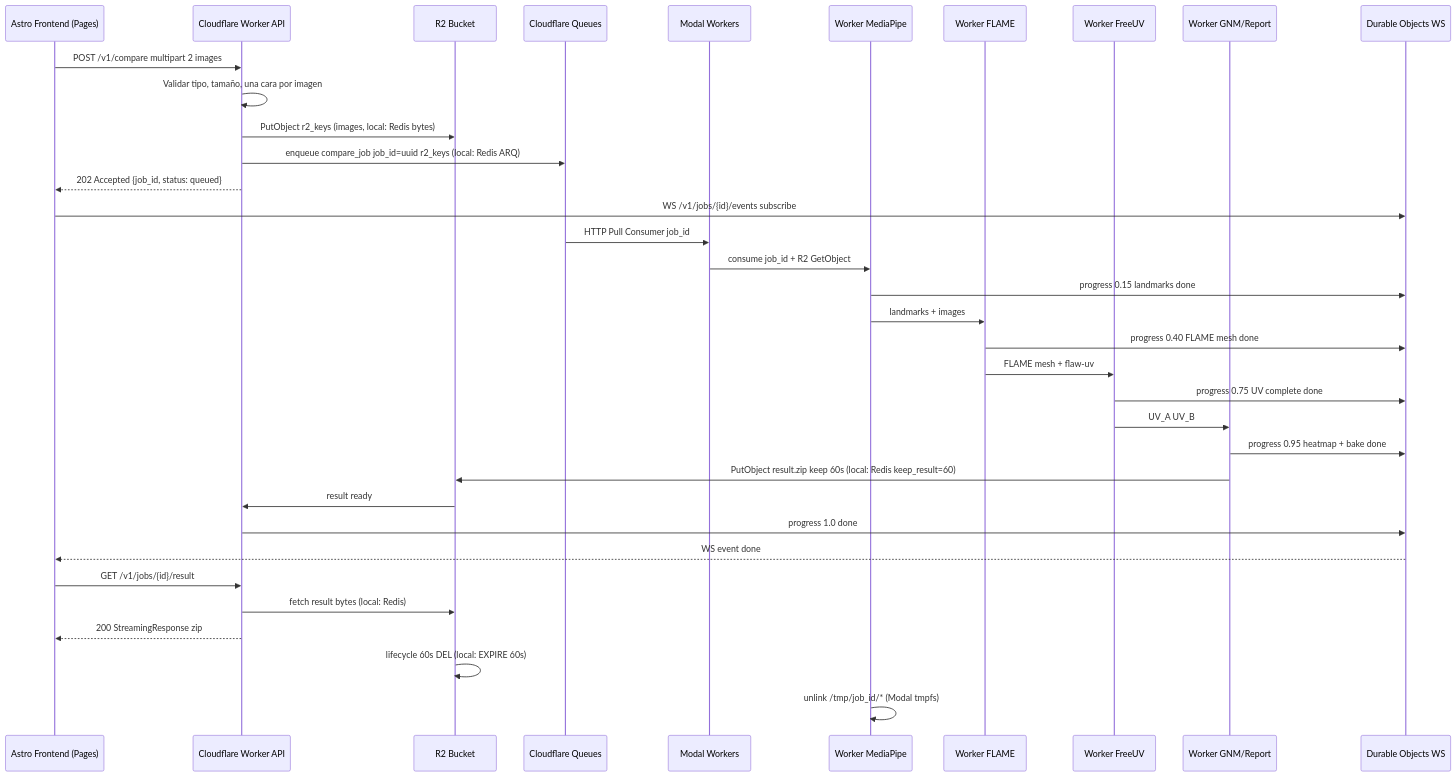
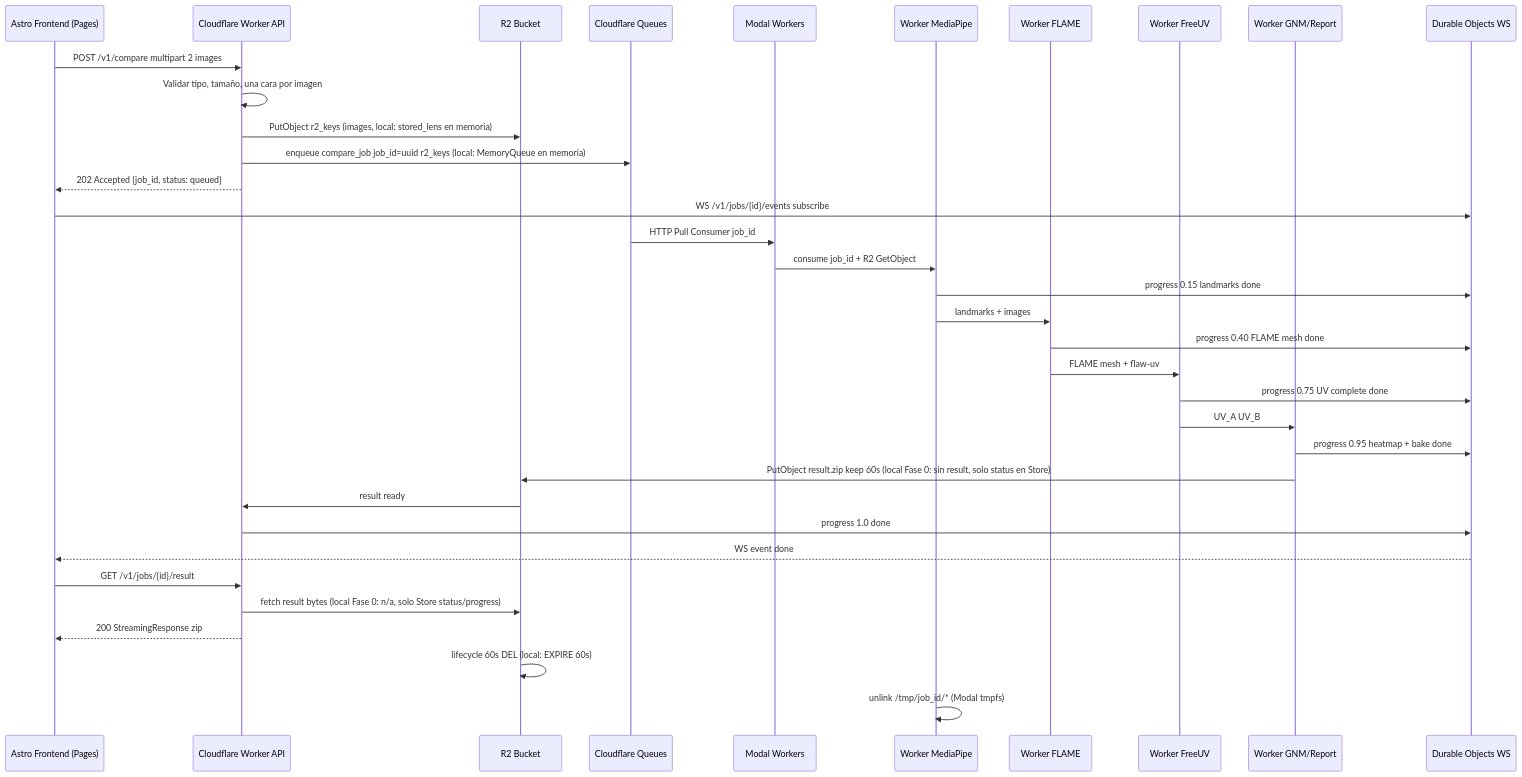
One commit to dinoesau/vultus changed the fourth of 4 diagrams in PIPELINE.md. Above: the diagram before and after it, drawn with Mermaid. The commit also changed other lines of this file and 5 other files, not shown here.

````diff
--- a/PIPELINE.md
+++ b/PIPELINE.md
@@ -104,38 +104,38 @@
 ```mermaid
 sequenceDiagram
     participant FE as Astro Frontend (Pages)
     participant CF as Cloudflare Worker API
     participant R2 as R2 Bucket
     participant Q as Cloudflare Queues
     participant MO as Modal Workers
     participant W1 as Worker MediaPipe
     participant W2 as Worker FLAME
     participant W3 as Worker FreeUV
     participant W4 as Worker GNM/Report
     participant DO as Durable Objects WS
 
     FE->>CF: POST /v1/compare multipart 2 images
     CF->>CF: Validar tipo, tamaño, una cara por imagen
-    CF->>R2: PutObject r2_keys (images, local: Redis bytes)
-    CF->>Q: enqueue compare_job job_id=uuid r2_keys (local: Redis ARQ)
+    CF->>R2: PutObject r2_keys (images, local: stored_lens en memoria)
+    CF->>Q: enqueue compare_job job_id=uuid r2_keys (local: MemoryQueue en memoria)
     CF-->>FE: 202 Accepted {job_id, status: queued}
     FE->>DO: WS /v1/jobs/{id}/events subscribe
     Q->>MO: HTTP Pull Consumer job_id
     MO->>W1: consume job_id + R2 GetObject
     W1->>DO: progress 0.15 landmarks done
     W1->>W2: landmarks + images
     W2->>DO: progress 0.40 FLAME mesh done
     W2->>W3: FLAME mesh + flaw-uv
     W3->>DO: progress 0.75 UV complete done
     W3->>W4: UV_A UV_B
     W4->>DO: progress 0.95 heatmap + bake done
-    W4->>R2: PutObject result.zip keep 60s (local: Redis keep_result=60)
+    W4->>R2: PutObject result.zip keep 60s (local Fase 0: sin result, solo status en Store)
     R2->>CF: result ready
     CF->>DO: progress 1.0 done
     DO-->>FE: WS event done
     FE->>CF: GET /v1/jobs/{id}/result
-    CF->>R2: fetch result bytes (local: Redis)
+    CF->>R2: fetch result bytes (local Fase 0: n/a, solo Store status/progress)
     CF-->>FE: 200 StreamingResponse zip
     R2->>R2: lifecycle 60s DEL (local: EXPIRE 60s)
     W1->>W1: unlink /tmp/job_id/* (Modal tmpfs)
 ```
````
